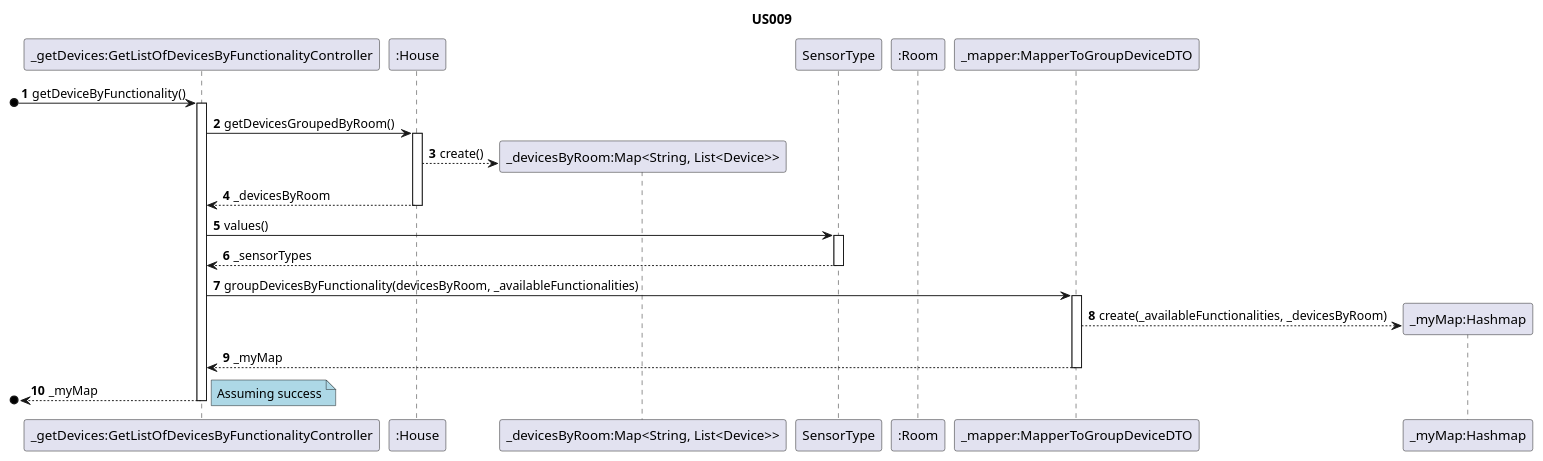
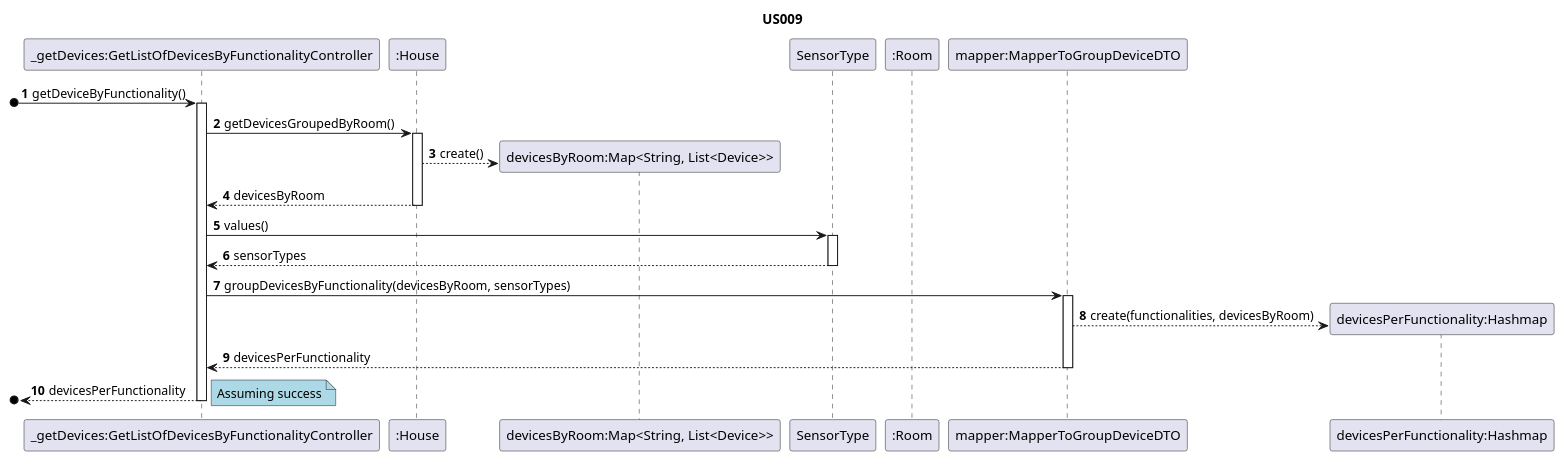
One commit to ozepedrorodrigues/projetoIntermedio changed the diagram in projetoIntermedio/docs/sequence/UserStory009.puml. Above: the diagram before and after it, drawn with PlantUML.

Commit message:
UserStory9 diagram upated

```diff
--- a/projetoIntermedio/docs/sequence/UserStory009.puml
+++ b/projetoIntermedio/docs/sequence/UserStory009.puml
@@ -1,43 +1,43 @@
 @startuml
 'https://plantuml.com/sequence-diagram
 
 title US009
 autonumber
 
 /'As a Power User [or Administrator], I want to get a list of all devices in a house,
 grouped by device functionality types. It must include device location.'/
 
 participant "_getDevices:GetListOfDevicesByFunctionalityController" as C
 participant ":House" as H
-participant "_devicesByRoom:Map<String, List<Device>>" as DBR
+participant "devicesByRoom:Map<String, List<Device>>" as DBR
 participant "SensorType" as ST
 participant ":Room" as R
-participant "_mapper:MapperToGroupDeviceDTO" as M
-participant "_myMap:Hashmap" as HM
+participant "mapper:MapperToGroupDeviceDTO" as M
+participant "devicesPerFunctionality:Hashmap" as HM
 
 
 [o-> C : getDeviceByFunctionality()
 activate C
 C -> H : getDevicesGroupedByRoom()
 activate H
 H-->DBR** : create()
-H --> C : _devicesByRoom
+H --> C : devicesByRoom
 deactivate H
 C->ST : values()
 activate ST
-ST --> C : _sensorTypes
+ST --> C : sensorTypes
 deactivate ST
-C -> M : groupDevicesByFunctionality(devicesByRoom, _availableFunctionalities)
+C -> M : groupDevicesByFunctionality(devicesByRoom, sensorTypes)
 activate M
-M-->HM** : create(_availableFunctionalities, _devicesByRoom)
-M --> C : _myMap
+M-->HM** : create(functionalities, devicesByRoom)
+M --> C : devicesPerFunctionality
 deactivate M
-[o<-- C : _myMap
+[o<-- C : devicesPerFunctionality
 deactivate C
 
 
 note left #LightBlue
 Assuming success
 end note
 
 @enduml
```
